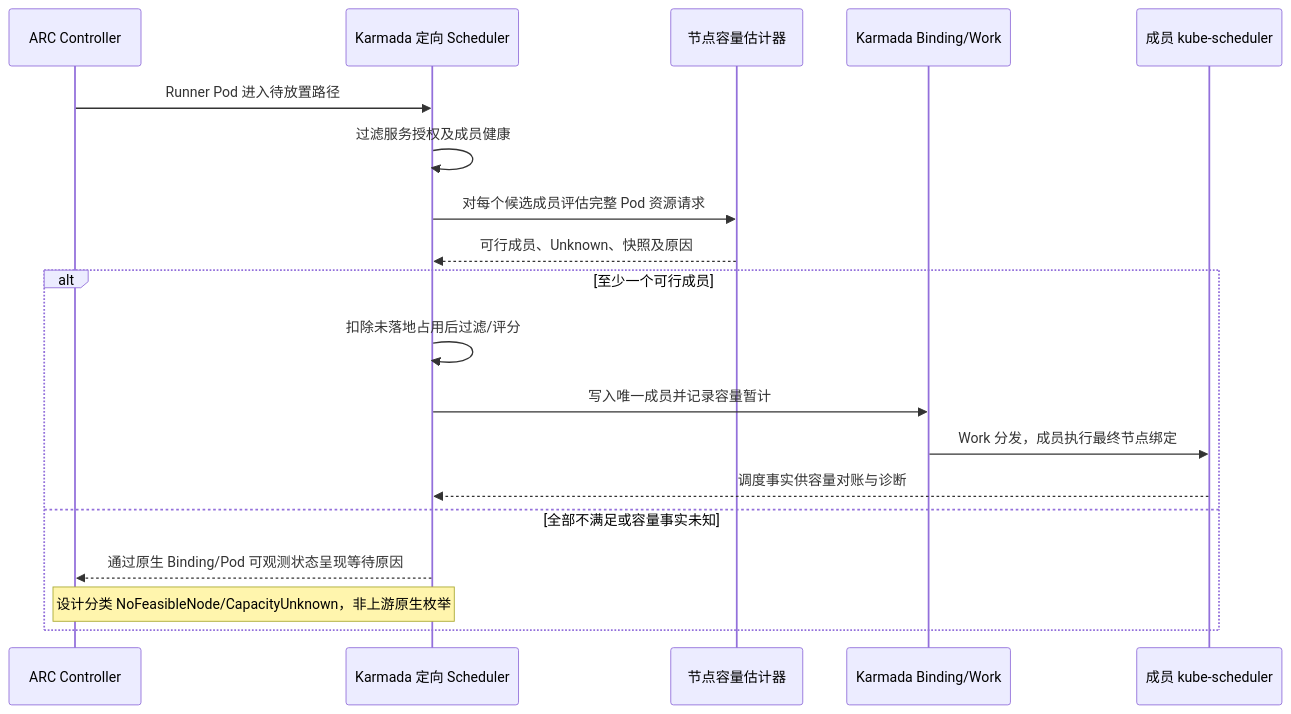
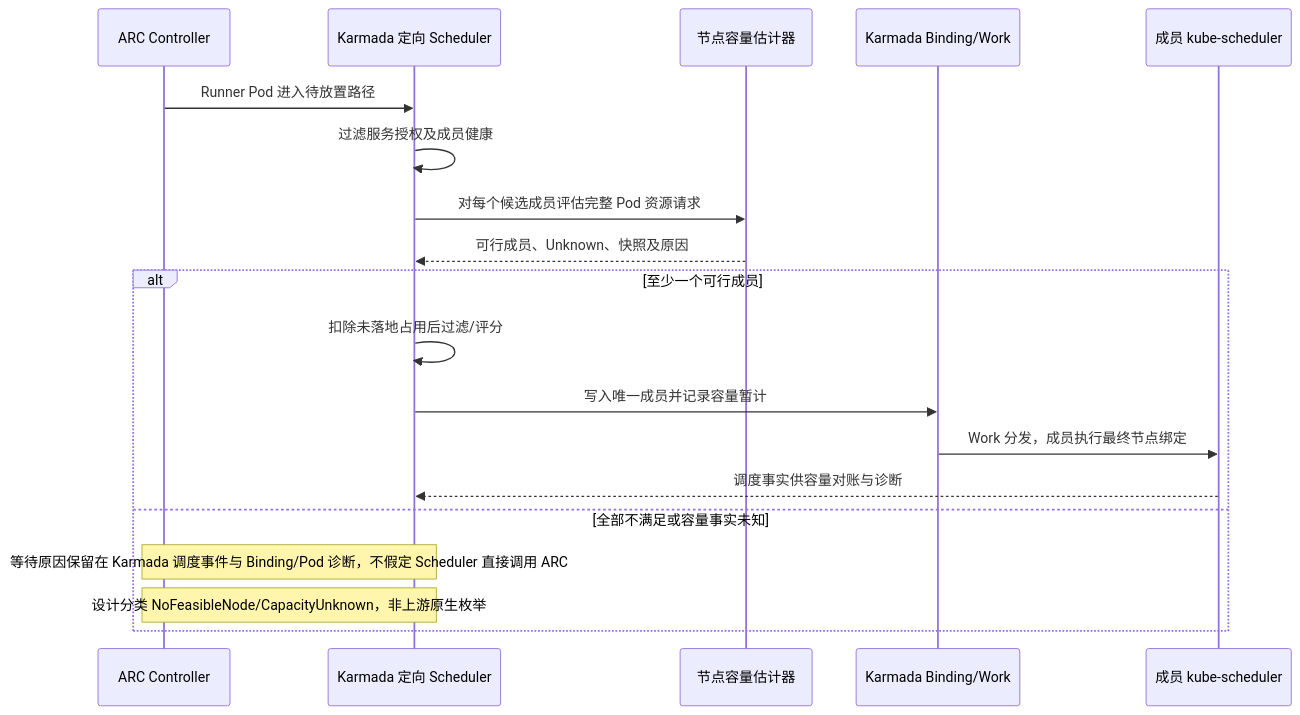
Before and after one commit to pkking/arc-karmada-test: the third of 16 diagrams in docs/ASCEND-CI-FEDERATED-CLUSTER-FUNCTIONAL-DESIGN.md, drawn with Mermaid.

Commit message:
docs: keep waiting diagnostics separate from ARC direct API interactions

````diff
--- a/docs/ASCEND-CI-FEDERATED-CLUSTER-FUNCTIONAL-DESIGN.md
+++ b/docs/ASCEND-CI-FEDERATED-CLUSTER-FUNCTIONAL-DESIGN.md
@@ -546,21 +546,21 @@
 ```mermaid
 sequenceDiagram
     participant ARC as ARC Controller
     participant KS as Karmada 定向 Scheduler
     participant EST as 节点容量估计器
     participant B as Karmada Binding/Work
     participant M as 成员 kube-scheduler
     ARC->>KS: Runner Pod 进入待放置路径
     KS->>KS: 过滤服务授权及成员健康
     KS->>EST: 对每个候选成员评估完整 Pod 资源请求
     EST-->>KS: 可行成员、Unknown、快照及原因
     alt 至少一个可行成员
         KS->>KS: 扣除未落地占用后过滤/评分
         KS->>B: 写入唯一成员并记录容量暂计
         B->>M: Work 分发，成员执行最终节点绑定
         M-->>KS: 调度事实供容量对账与诊断
     else 全部不满足或容量事实未知
-        KS-->>ARC: 通过原生 Binding/Pod 可观测状态呈现等待原因
+        Note over KS,ARC: 等待原因保留在 Karmada 调度事件与 Binding/Pod 诊断，不假定 Scheduler 直接调用 ARC
         Note over ARC,KS: 设计分类 NoFeasibleNode/CapacityUnknown，非上游原生枚举
     end
 ```
````
